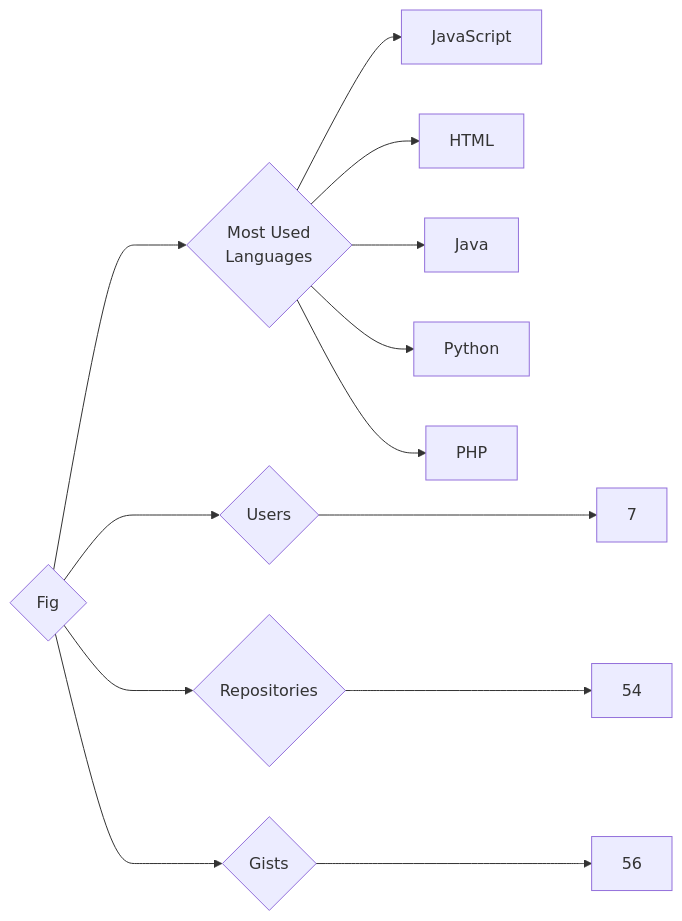
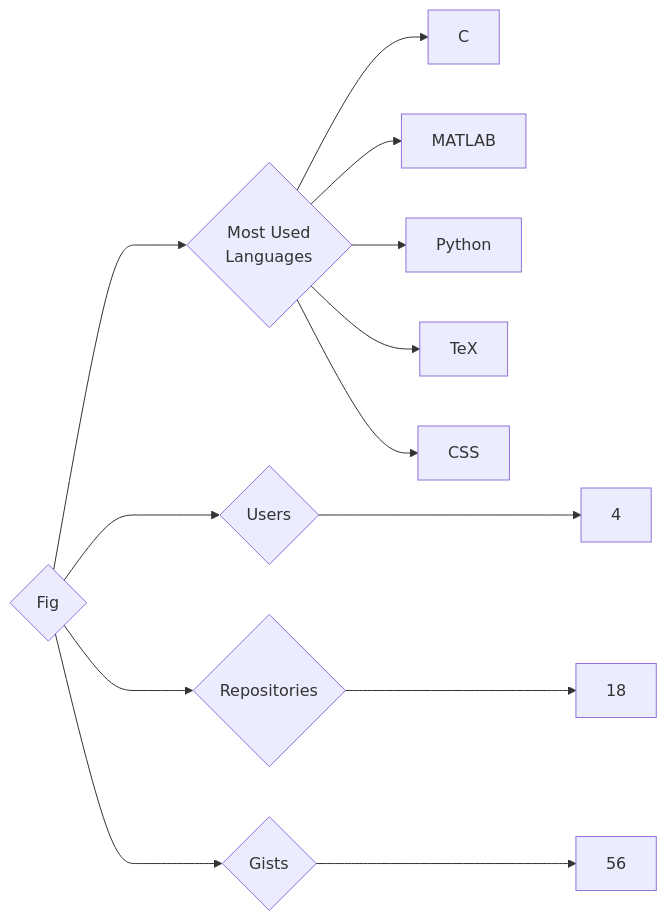
Before and after one commit to trickest/insiders: the diagram in targets/Fig/README.md, drawn with Mermaid. The commit also changed 657 other files, not shown here.

````diff
--- a/targets/Fig/README.md
+++ b/targets/Fig/README.md
@@ -3,13 +3,13 @@
 ```mermaid
 graph LR
 COMPANY_NAME{Fig}
-COMPANY_NAME ---> U{Users} ---> UN[7]
-COMPANY_NAME ---> R{Repositories} ---> RN[54]
+COMPANY_NAME ---> U{Users} ---> UN[4]
+COMPANY_NAME ---> R{Repositories} ---> RN[18]
 COMPANY_NAME ---> G{Gists} ---> GN[56]
 COMPANY_NAME ---> ML{Most Used<br>Languages}
-ML --> JavaScript[JavaScript]
-ML --> HTML[HTML]
-ML --> Java[Java]
+ML --> C[C]
+ML --> MATLAB[MATLAB]
 ML --> Python[Python]
-ML --> PHP[PHP]
+ML --> TeX[TeX]
+ML --> CSS[CSS]
 ```
````
